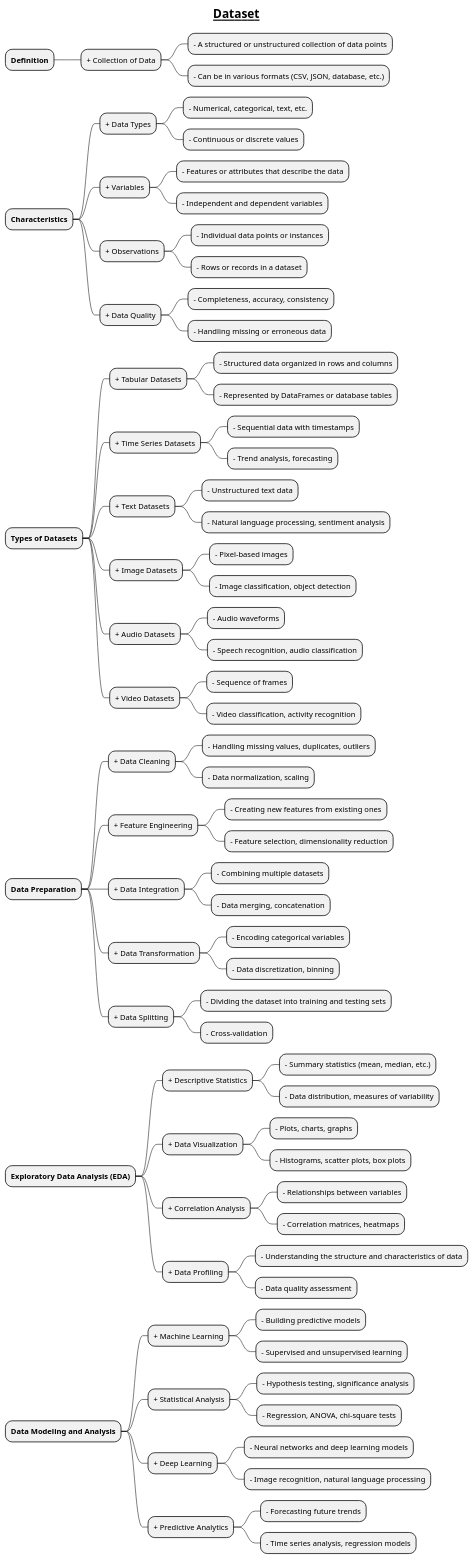
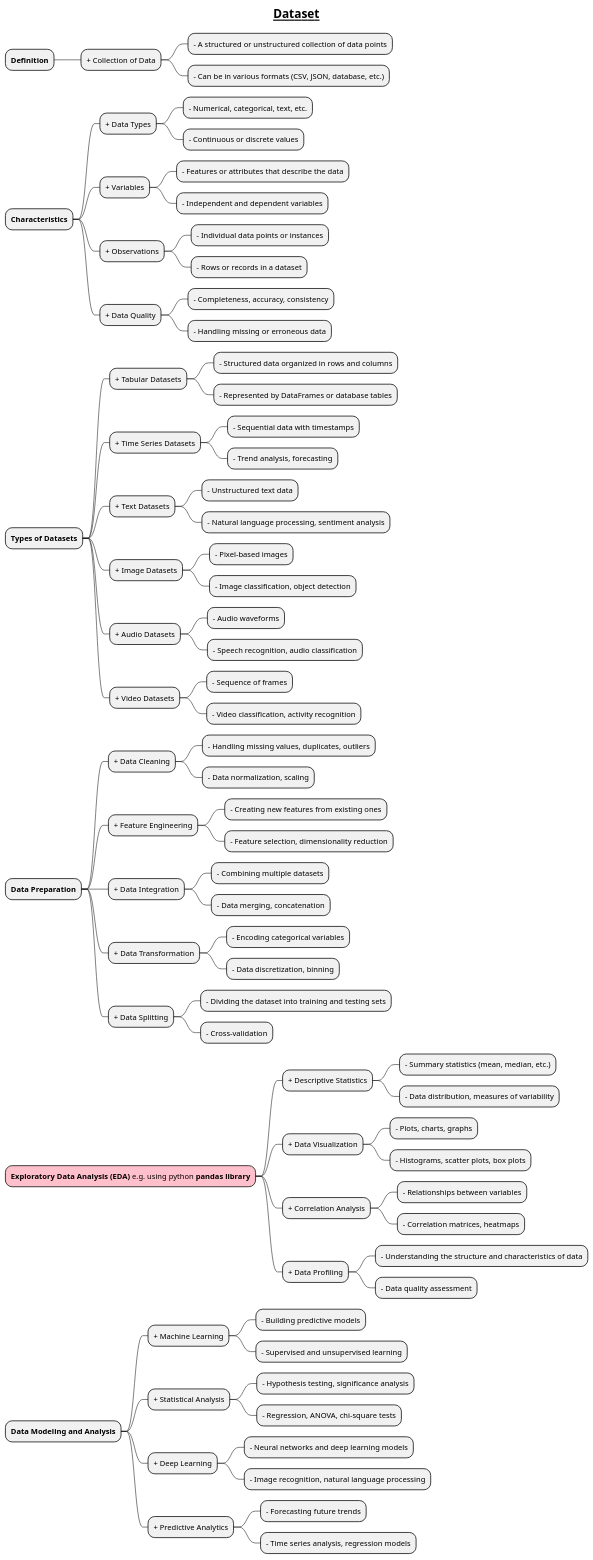
One commit to MehmoodHashmi/Documentation-as-Code-DaC changed the diagram in docs/AI-ML- DL-Data-Science-and-BigData/data-science-with-python/1-data-manipulation-libraries/Dataset.puml. Above: the diagram before and after it, drawn with PlantUML. The commit also changed 12 other files, not shown here.

Commit message:
added new mindmaps

```diff
--- a/docs/AI-ML- DL-Data-Science-and-BigData/data-science-with-python/1-data-manipulation-libraries/Dataset.puml
+++ b/docs/AI-ML- DL-Data-Science-and-BigData/data-science-with-python/1-data-manipulation-libraries/Dataset.puml
@@ -1,89 +1,89 @@
 @startmindmap
 
 title =__ Dataset __
 
 * **Definition**
 ** + Collection of Data
 *** - A structured or unstructured collection of data points
 *** - Can be in various formats (CSV, JSON, database, etc.)
 
 * **Characteristics**
 ** + Data Types
 *** - Numerical, categorical, text, etc.
 *** - Continuous or discrete values
 ** + Variables
 *** - Features or attributes that describe the data
 *** - Independent and dependent variables
 ** + Observations
 *** - Individual data points or instances
 *** - Rows or records in a dataset
 ** + Data Quality
 *** - Completeness, accuracy, consistency
 *** - Handling missing or erroneous data
 
 * **Types of Datasets**
 ** + Tabular Datasets
 *** - Structured data organized in rows and columns
 *** - Represented by DataFrames or database tables
 ** + Time Series Datasets
 *** - Sequential data with timestamps
 *** - Trend analysis, forecasting
 ** + Text Datasets
 *** - Unstructured text data
 *** - Natural language processing, sentiment analysis
 ** + Image Datasets
 *** - Pixel-based images
 *** - Image classification, object detection
 ** + Audio Datasets
 *** - Audio waveforms
 *** - Speech recognition, audio classification
 ** + Video Datasets
 *** - Sequence of frames
 *** - Video classification, activity recognition
 
 * **Data Preparation**
 ** + Data Cleaning
 *** - Handling missing values, duplicates, outliers
 *** - Data normalization, scaling
 ** + Feature Engineering
 *** - Creating new features from existing ones
 *** - Feature selection, dimensionality reduction
 ** + Data Integration
 *** - Combining multiple datasets
 *** - Data merging, concatenation
 ** + Data Transformation
 *** - Encoding categorical variables
 *** - Data discretization, binning
 ** + Data Splitting
 *** - Dividing the dataset into training and testing sets
 *** - Cross-validation
 
-* **Exploratory Data Analysis (EDA)**
+*[#pink] **Exploratory Data Analysis (EDA)** e.g. using python **pandas library**
 ** + Descriptive Statistics
 *** - Summary statistics (mean, median, etc.)
 *** - Data distribution, measures of variability
 ** + Data Visualization
 *** - Plots, charts, graphs
 *** - Histograms, scatter plots, box plots
 ** + Correlation Analysis
 *** - Relationships between variables
 *** - Correlation matrices, heatmaps
 ** + Data Profiling
 *** - Understanding the structure and characteristics of data
 *** - Data quality assessment
 
 * **Data Modeling and Analysis**
 ** + Machine Learning
 *** - Building predictive models
 *** - Supervised and unsupervised learning
 ** + Statistical Analysis
 *** - Hypothesis testing, significance analysis
 *** - Regression, ANOVA, chi-square tests
 ** + Deep Learning
 *** - Neural networks and deep learning models
 *** - Image recognition, natural language processing
 ** + Predictive Analytics
 *** - Forecasting future trends
 *** - Time series analysis, regression models
 
 @endmindmap
```
